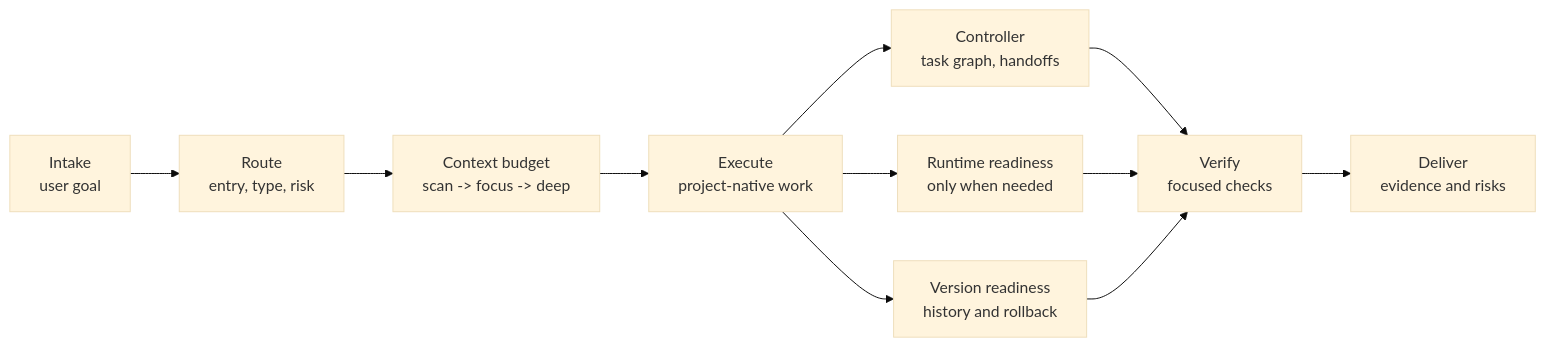
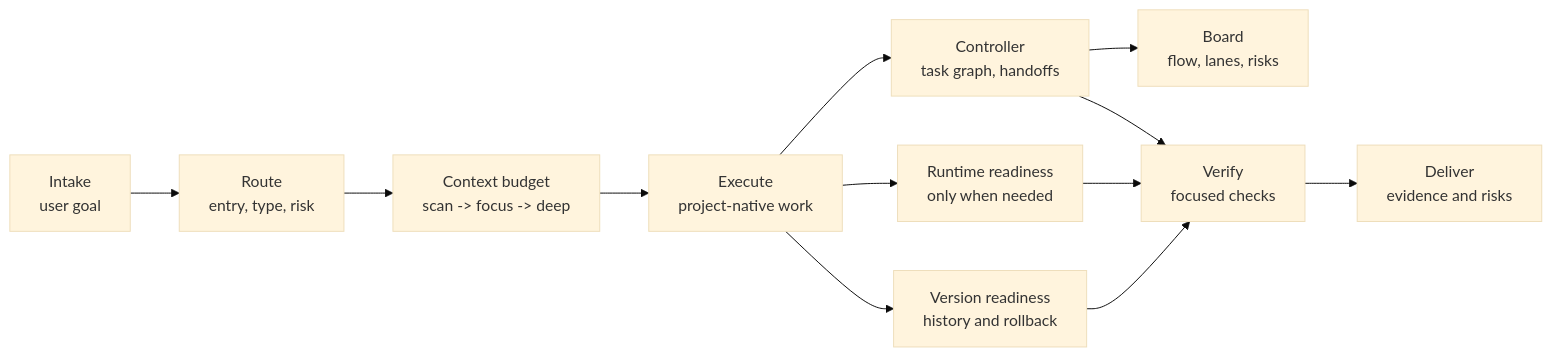
One commit to GnosiST/omyKit changed the diagram in README.md. Above: the diagram before and after it, drawn with Mermaid (base theme). The commit also changed other lines of this file and 12 other files, not shown here.

````diff
--- a/README.md
+++ b/README.md
@@ -34,13 +34,14 @@
 ```mermaid
 flowchart LR
     Intake["Intake<br/>user goal"] --> Route["Route<br/>entry, type, risk"]
     Route --> Budget["Context budget<br/>scan -> focus -> deep"]
     Budget --> Work["Execute<br/>project-native work"]
     Work --> Controller["Controller<br/>task graph, handoffs"]
+    Controller --> Board["Board<br/>flow, lanes, risks"]
     Work --> Runtime["Runtime readiness<br/>only when needed"]
     Work --> Version["Version readiness<br/>history and rollback"]
     Controller --> Verify["Verify<br/>focused checks"]
     Runtime --> Verify["Verify<br/>focused checks"]
     Version --> Verify
     Verify --> Deliver["Deliver<br/>evidence and risks"]
 ```
````
